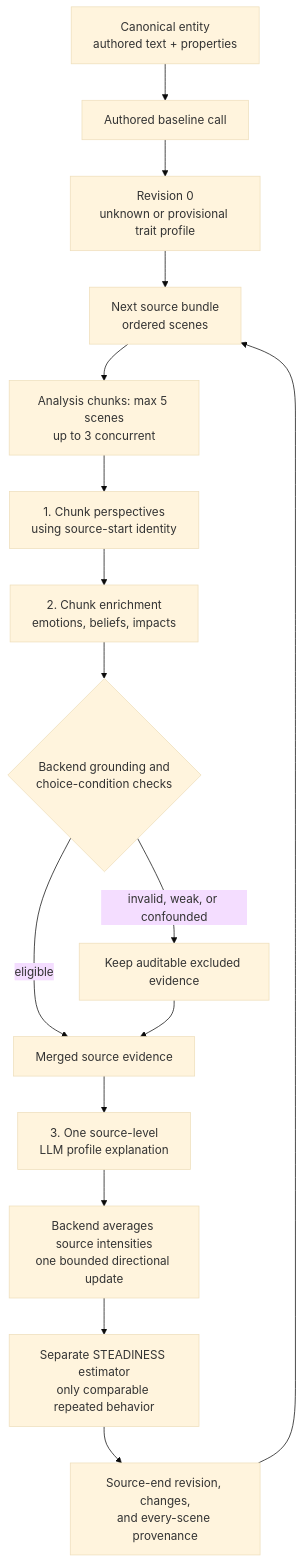
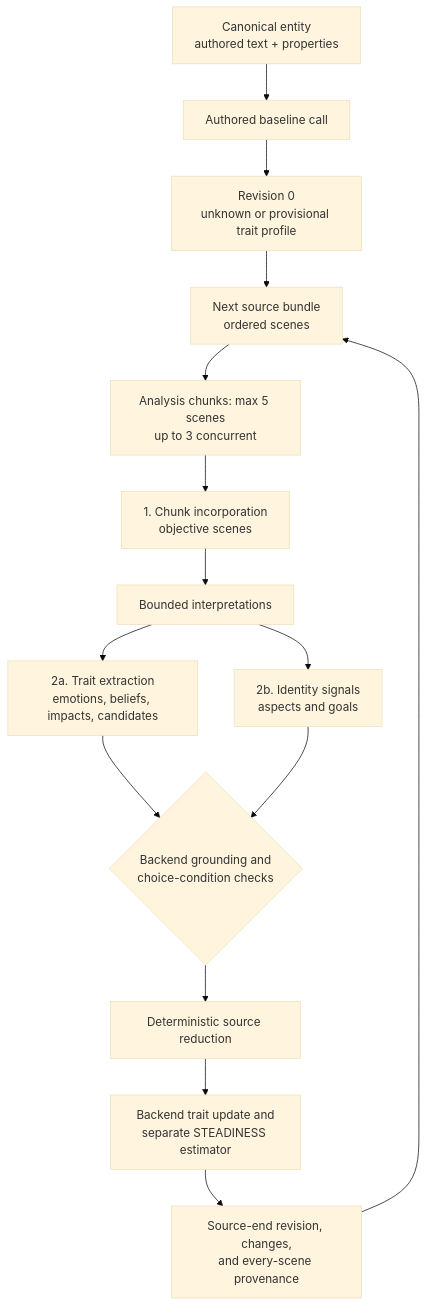
The first of 2 diagrams in Documentation/Agents/CharacterAgent/Dispositional Traits.md (pablovin/Shrecknet), drawn with Mermaid (base theme) before and after one commit. The commit also changed other lines of this file and 10 other files, not shown here.

````diff
--- a/Documentation/Agents/CharacterAgent/Dispositional Traits.md
+++ b/Documentation/Agents/CharacterAgent/Dispositional Traits.md
@@ -250,18 +251,27 @@
 ```mermaid
 flowchart TD
-    A[Canonical entity\nauthored text + properties] --> B[Authored baseline call]
-    B --> C[Revision 0\nunknown or provisional trait profile]
-    C --> D[Next source bundle\nordered scenes]
-    D --> E[Analysis chunks: max 5 scenes\nup to 3 concurrent]
-    E --> F[1. Chunk perspectives\nusing source-start identity]
-    F --> G[2. Chunk enrichment\nemotions, beliefs, impacts]
-    G --> H{Backend grounding and\nchoice-condition checks}
-    H -->|invalid, weak, or confounded| I[Keep auditable excluded evidence]
-    H -->|eligible| J[Merged source evidence]
+    A[Canonical entity
+authored text + properties] --> B[Authored baseline call]
+    B --> C[Revision 0
+unknown or provisional trait profile]
+    C --> D[Next source bundle
+ordered scenes]
+    D --> E[Analysis chunks: max 5 scenes
+up to 3 concurrent]
+    E --> F[1. Chunk incorporation
+objective scenes]
+    F --> G[Bounded interpretations]
+    G --> H[2a. Trait extraction
+emotions, beliefs, impacts, candidates]
+    G --> I[2b. Identity signals
+aspects and goals]
+    H --> J{Backend grounding and
+choice-condition checks}
     I --> J
-    J --> K[3. One source-level\nLLM profile explanation]
-    K --> L[Backend averages source intensities\none bounded directional update]
-    L --> M[Separate STEADINESS estimator\nonly comparable repeated behavior]
-    M --> N[Source-end revision, changes,\nand every-scene provenance]
-    N --> D
+    J --> K[Deterministic source reduction]
+    K --> L[Backend trait update and
+separate STEADINESS estimator]
+    L --> M[Source-end revision, changes,
+and every-scene provenance]
+    M --> D
 ```
````
